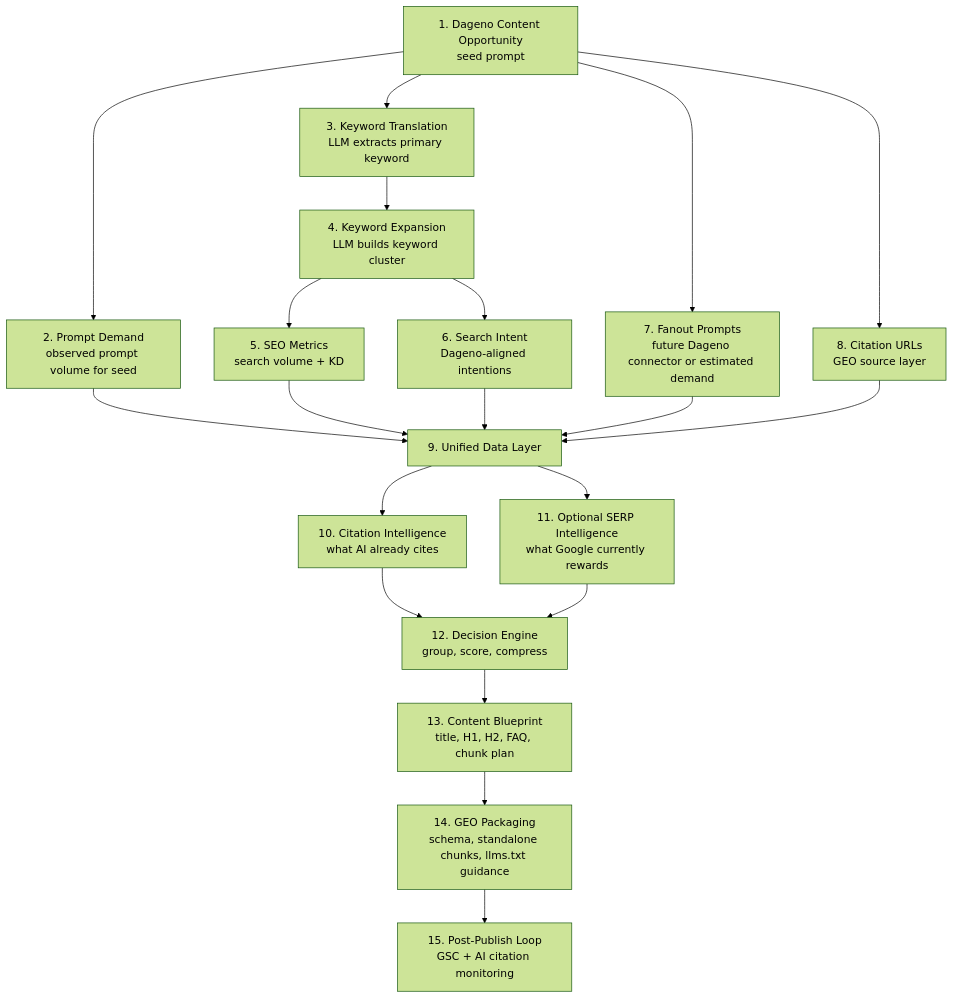
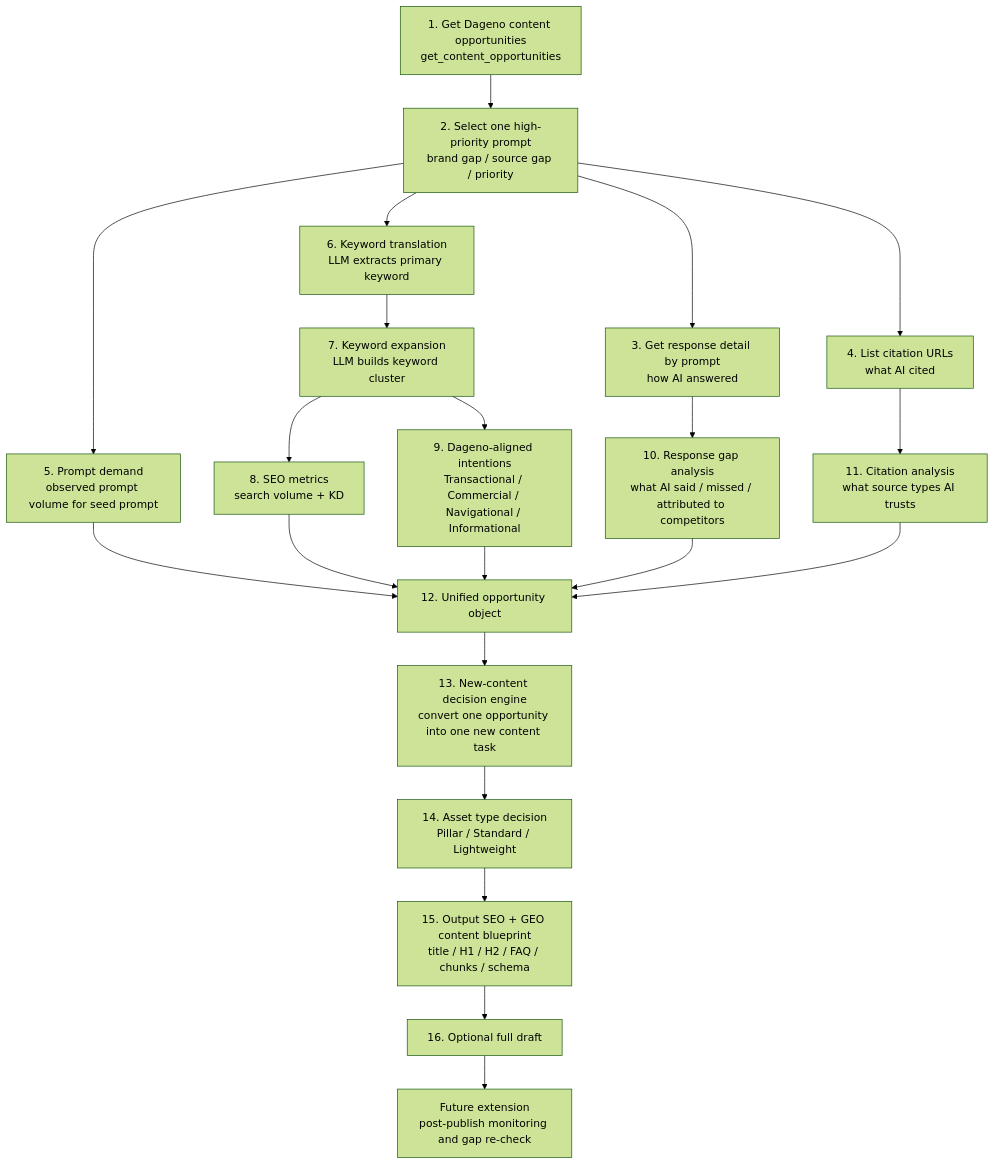
The diagram in README.md (GEO-SEO/dageno-mcp-growth-playbook), drawn with Mermaid (forest theme) before and after one commit. The commit also changed other lines of this file and 4 other files, not shown here.

Commit message:
Refocus skill on opportunity-driven new content

````diff
--- a/README.md
+++ b/README.md
@@ -93,26 +101,28 @@
 ```mermaid
 flowchart TD
-    A["1. Dageno Content Opportunity<br/>seed prompt"] --> B["2. Prompt Demand<br/>observed prompt volume for seed"]
-    A --> C["3. Keyword Translation<br/>LLM extracts primary keyword"]
-    C --> D["4. Keyword Expansion<br/>LLM builds keyword cluster"]
-    D --> E["5. SEO Metrics<br/>search volume + KD"]
-    D --> F["6. Search Intent<br/>Dageno-aligned intentions"]
-    A --> G["7. Fanout Prompts<br/>future Dageno connector or estimated demand"]
-    A --> H["8. Citation URLs<br/>GEO source layer"]
+    A["1. Get Dageno content opportunities<br/>get_content_opportunities"] --> B["2. Select one high-priority prompt<br/>brand gap / source gap / priority"]
+    B --> C["3. Get response detail by prompt<br/>how AI answered"]
+    B --> D["4. List citation URLs<br/>what AI cited"]
 
-    B --> I["9. Unified Data Layer"]
-    E --> I
-    F --> I
-    G --> I
-    H --> I
+    B --> E["5. Prompt demand<br/>observed prompt volume for seed prompt"]
+    B --> F["6. Keyword translation<br/>LLM extracts primary keyword"]
+    F --> G["7. Keyword expansion<br/>LLM builds keyword cluster"]
+    G --> H["8. SEO metrics<br/>search volume + KD"]
+    G --> I["9. Dageno-aligned intentions<br/>Transactional / Commercial / Navigational / Informational"]
 
-    I --> J["10. Citation Intelligence<br/>what AI already cites"]
-    I --> K["11. Optional SERP Intelligence<br/>what Google currently rewards"]
+    C --> J["10. Response gap analysis<br/>what AI said / missed / attributed to competitors"]
+    D --> K["11. Citation analysis<br/>what source types AI trusts"]
 
-    J --> L["12. Decision Engine<br/>group, score, compress"]
+    E --> L["12. Unified opportunity object"]
+    H --> L
+    I --> L
+    J --> L
     K --> L
 
-    L --> M["13. Content Blueprint<br/>title, H1, H2, FAQ, chunk plan"]
-    M --> N["14. GEO Packaging<br/>schema, standalone chunks, llms.txt guidance"]
-    N --> O["15. Post-Publish Loop<br/>GSC + AI citation monitoring"]
+    L --> M["13. New-content decision engine<br/>convert one opportunity into one new content task"]
+    M --> N["14. Asset type decision<br/>Pillar / Standard / Lightweight"]
+    N --> O["15. Output SEO + GEO content blueprint<br/>title / H1 / H2 / FAQ / chunks / schema"]
+    O --> P["16. Optional full draft"]
+
+    P --> Q["Future extension<br/>post-publish monitoring and gap re-check"]
 ```
````
